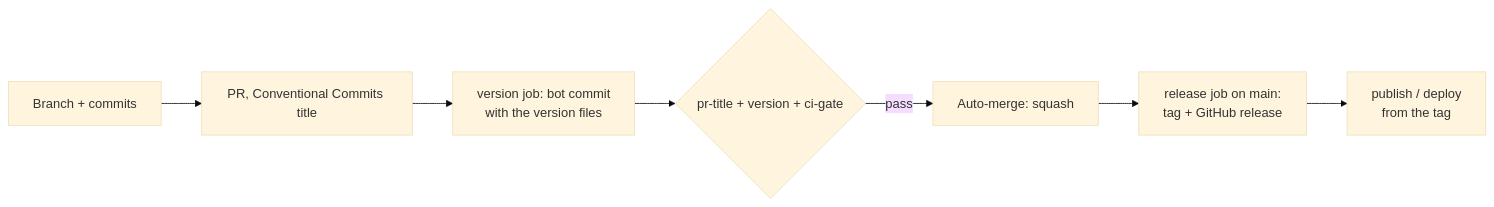
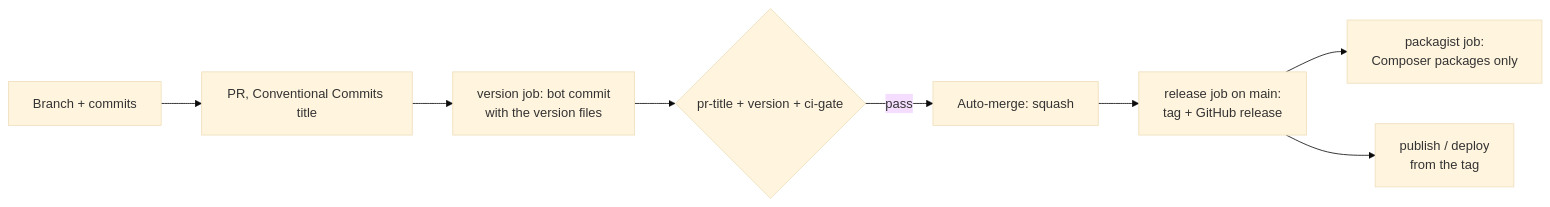
The diagram in README.md (freyr/.github), drawn with Mermaid (base theme) before and after one commit. The commit also changed other lines of this file and 2 other files, not shown here.

First line of the commit message:
feat: add the packagist action for the release workflow (#4)

````diff
--- a/README.md
+++ b/README.md
@@ -8,9 +8,10 @@
 ```mermaid
 flowchart LR
   A[Branch + commits] --> B[PR, Conventional Commits title]
   B --> V[version job: bot commit<br/>with the version files]
   V --> C{pr-title + version + ci-gate}
   C -- pass --> D[Auto-merge: squash]
   D --> E[release job on main:<br/>tag + GitHub release]
+  E --> P[packagist job:<br/>Composer packages only]
   E --> F[publish / deploy<br/>from the tag]
 ```
````
